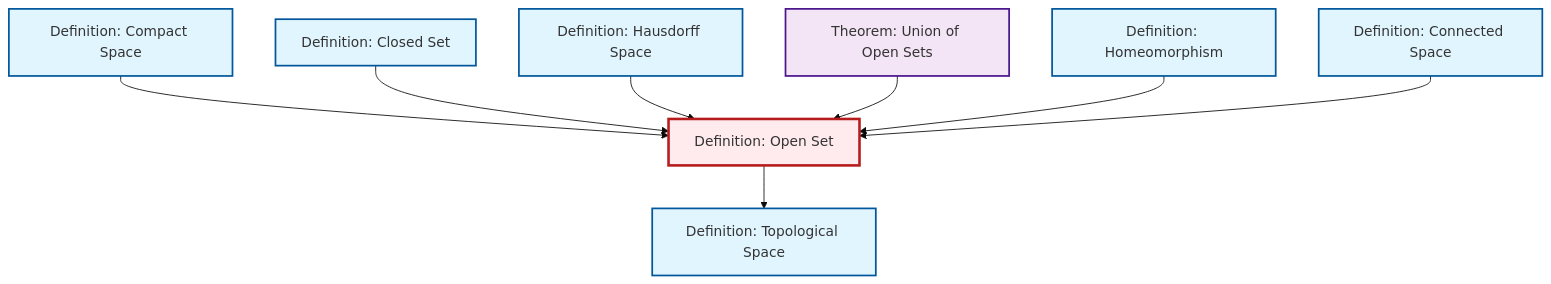
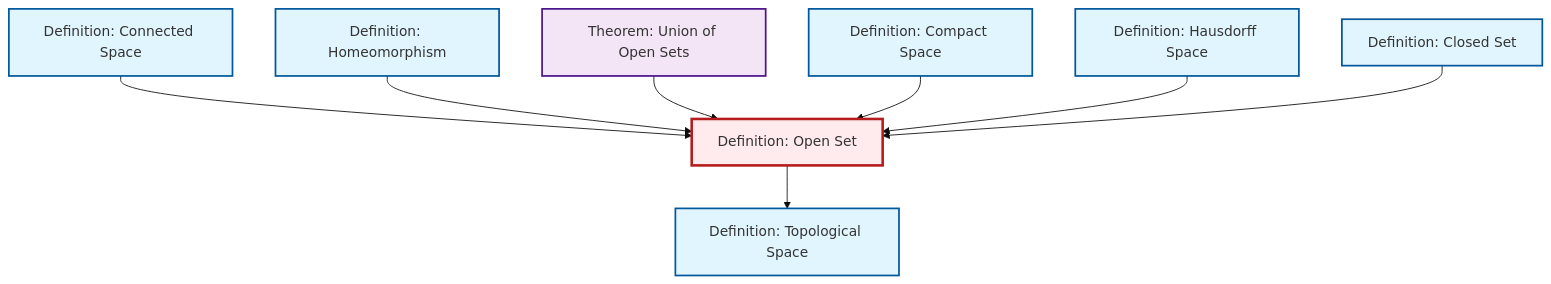
One commit to RK0429/ModernMath changed the diagram in content/en/topology/def-open-set.qmd. Above: the diagram before and after it, drawn with Mermaid (base theme). The commit also changed other lines of this file and 619 other files, not shown here.

````diff
--- a/content/en/topology/def-open-set.qmd
+++ b/content/en/topology/def-open-set.qmd
@@ -53,32 +53,32 @@
 ```{mermaid}
 %%| fig-cap: "Local dependency graph"
 graph TD
     classDef definition fill:#e1f5fe,stroke:#01579b,stroke-width:2px
     classDef theorem fill:#f3e5f5,stroke:#4a148c,stroke-width:2px
     classDef axiom fill:#fff3e0,stroke:#e65100,stroke-width:2px
     classDef example fill:#e8f5e9,stroke:#1b5e20,stroke-width:2px
     classDef current fill:#ffebee,stroke:#b71c1c,stroke-width:3px
     def-compact["Definition: Compact Space"]:::definition
+    def-open-set["Definition: Open Set"]:::definition
+    def-connected["Definition: Connected Space"]:::definition
+    def-topological-space["Definition: Topological Space"]:::definition
+    def-closed-set["Definition: Closed Set"]:::definition
     thm-union-open-sets["Theorem: Union of Open Sets"]:::theorem
-    def-closed-set["Definition: Closed Set"]:::definition
+    def-homeomorphism["Definition: Homeomorphism"]:::definition
     def-hausdorff["Definition: Hausdorff Space"]:::definition
-    def-topological-space["Definition: Topological Space"]:::definition
-    def-homeomorphism["Definition: Homeomorphism"]:::definition
-    def-connected["Definition: Connected Space"]:::definition
-    def-open-set["Definition: Open Set"]:::definition
+    def-connected --> def-open-set
+    def-homeomorphism --> def-open-set
+    thm-union-open-sets --> def-open-set
+    def-compact --> def-open-set
+    def-hausdorff --> def-open-set
     def-open-set --> def-topological-space
-    def-compact --> def-open-set
     def-closed-set --> def-open-set
-    def-hausdorff --> def-open-set
-    thm-union-open-sets --> def-open-set
-    def-homeomorphism --> def-open-set
-    def-connected --> def-open-set
     class def-open-set current
     click def-compact "def-compact.html" "Go to Compact Space definition"
+    click def-connected "def-connected.html" "Go to Connected Space definition"
+    click def-topological-space "def-topological-space.html" "Go to Topological Space definition"
+    click def-closed-set "def-closed-set.html" "Go to Closed Set definition"
     click thm-union-open-sets "thm-union-open-sets.html" "Go to Union of Open Sets theorem"
-    click def-closed-set "def-closed-set.html" "Go to Closed Set definition"
+    click def-homeomorphism "def-homeomorphism.html" "Go to Homeomorphism definition"
     click def-hausdorff "def-hausdorff.html" "Go to Hausdorff Space definition"
-    click def-topological-space "def-topological-space.html" "Go to Topological Space definition"
-    click def-homeomorphism "def-homeomorphism.html" "Go to Homeomorphism definition"
-    click def-connected "def-connected.html" "Go to Connected Space definition"
 ```
````
